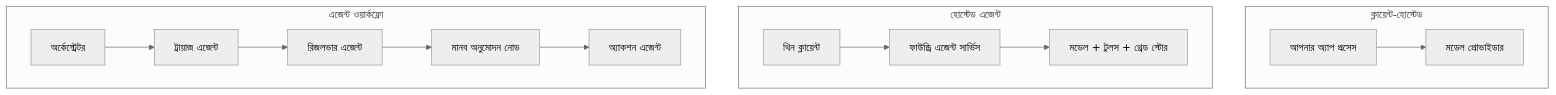
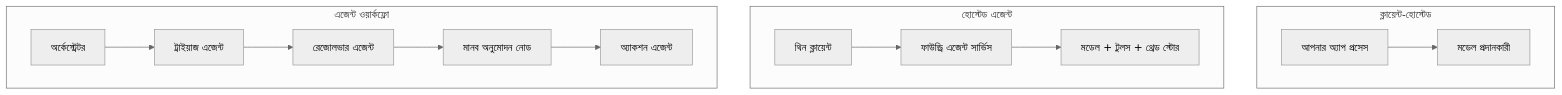
One commit to gabrielmoreira/agent-skills-mirror changed the first of 4 diagrams in mirrors/repos/microsoft@ai-agents-for-beginners/translations/bn/16-deploying-scalable-agents/README.md. Above: the diagram before and after it, drawn with Mermaid (neutral theme). The commit also changed other lines of this file and 3581 other files, not shown here.

````diff
--- a/mirrors/repos/microsoft@ai-agents-for-beginners/translations/bn/16-deploying-scalable-agents/README.md
+++ b/mirrors/repos/microsoft@ai-agents-for-beginners/translations/bn/16-deploying-scalable-agents/README.md
@@ -87,16 +87,16 @@
 ```mermaid
 flowchart TB
     subgraph P1[ক্লায়েন্ট-হোস্টেড]
-        A1[আপনার অ্যাপ প্রসেস] --> M1[মডেল প্রোভাইডার]
+        A1[আপনার অ্যাপ প্রসেস] --> M1[মডেল প্রদানকারী]
     end
     subgraph P2[হোস্টেড এজেন্ট]
         A2[থিন ক্লায়েন্ট] --> F2[ফাউন্ড্রি এজেন্ট সার্ভিস]
         F2 --> M2[মডেল + টুলস + থ্রেড স্টোর]
     end
     subgraph P3[এজেন্ট ওয়ার্কফ্লো]
-        A3[অর্কেস্ট্রেটর] --> S1[ট্রায়াজ এজেন্ট]
-        S1 --> S2[রিজলভার এজেন্ট]
+        A3[অর্কেস্ট্রেটর] --> S1[ট্রাইয়াজ এজেন্ট]
+        S1 --> S2[রেজোলভার এজেন্ট]
         S2 --> H[মানব অনুমোদন নোড]
         H --> S3[অ্যাকশন এজেন্ট]
     end
 ```
````
